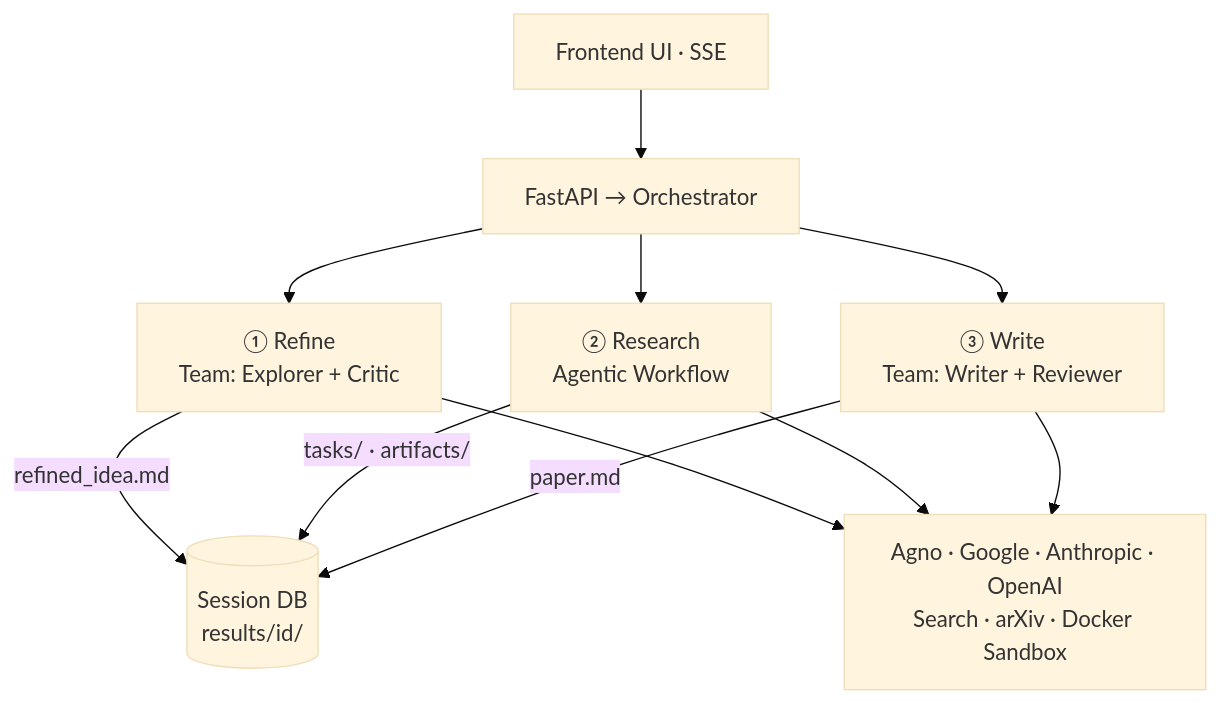
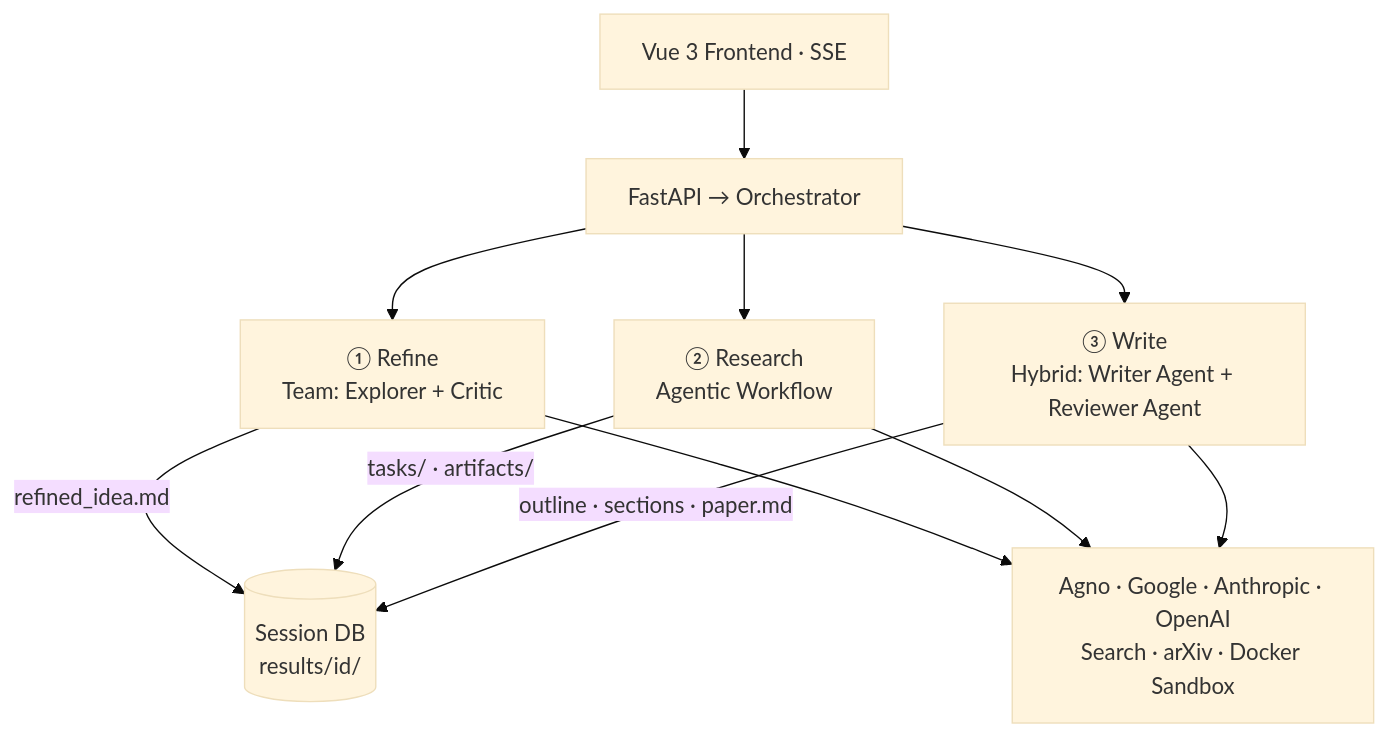
One commit to dozybot001/MAARS changed the second of 2 diagrams in README.md. Above: the diagram before and after it, drawn with Mermaid (base theme). The commit also changed other lines of this file and 29 other files, not shown here.

First line of the commit message:
v0.2.0: session management, security hardening, frontend Vue 3 migration

````diff
--- a/README.md
+++ b/README.md
@@ -40,15 +40,15 @@
 ```mermaid
 flowchart TB
-    UI["Frontend UI · SSE"] --> API["FastAPI → Orchestrator"]
+    UI["Vue 3 Frontend · SSE"] --> API["FastAPI → Orchestrator"]
 
     API --> REF["① Refine\nTeam: Explorer + Critic"]
     API --> RES["② Research\nAgentic Workflow"]
-    API --> WRI["③ Write\nTeam: Writer + Reviewer"]
+    API --> WRI["③ Write\nHybrid: Writer Agent + Reviewer Agent"]
 
     REF -- "refined_idea.md" --> DB
     RES -- "tasks/ · artifacts/" --> DB
-    WRI -- "paper.md" --> DB
+    WRI -- "outline · sections · paper.md" --> DB
     DB[(Session DB\nresults/id/)]
 
     REF & RES & WRI --> AGNO["Agno · Google · Anthropic · OpenAI\nSearch · arXiv · Docker Sandbox"]
 ```
````
